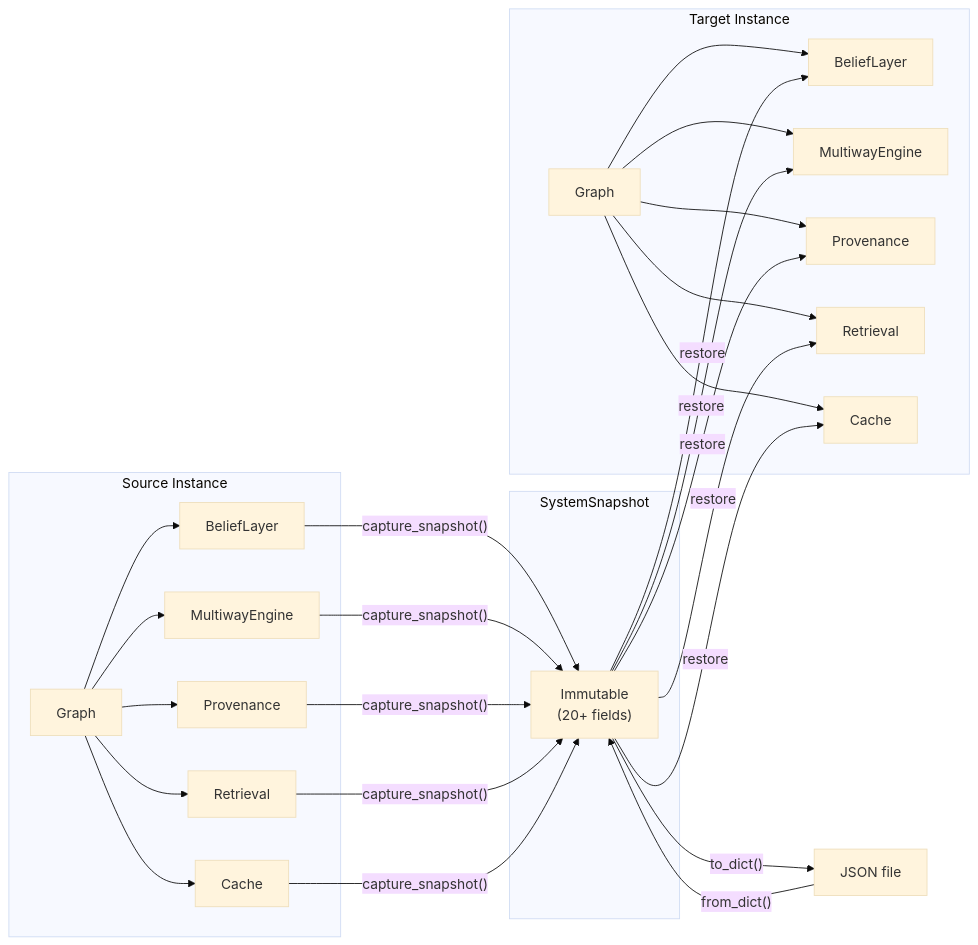
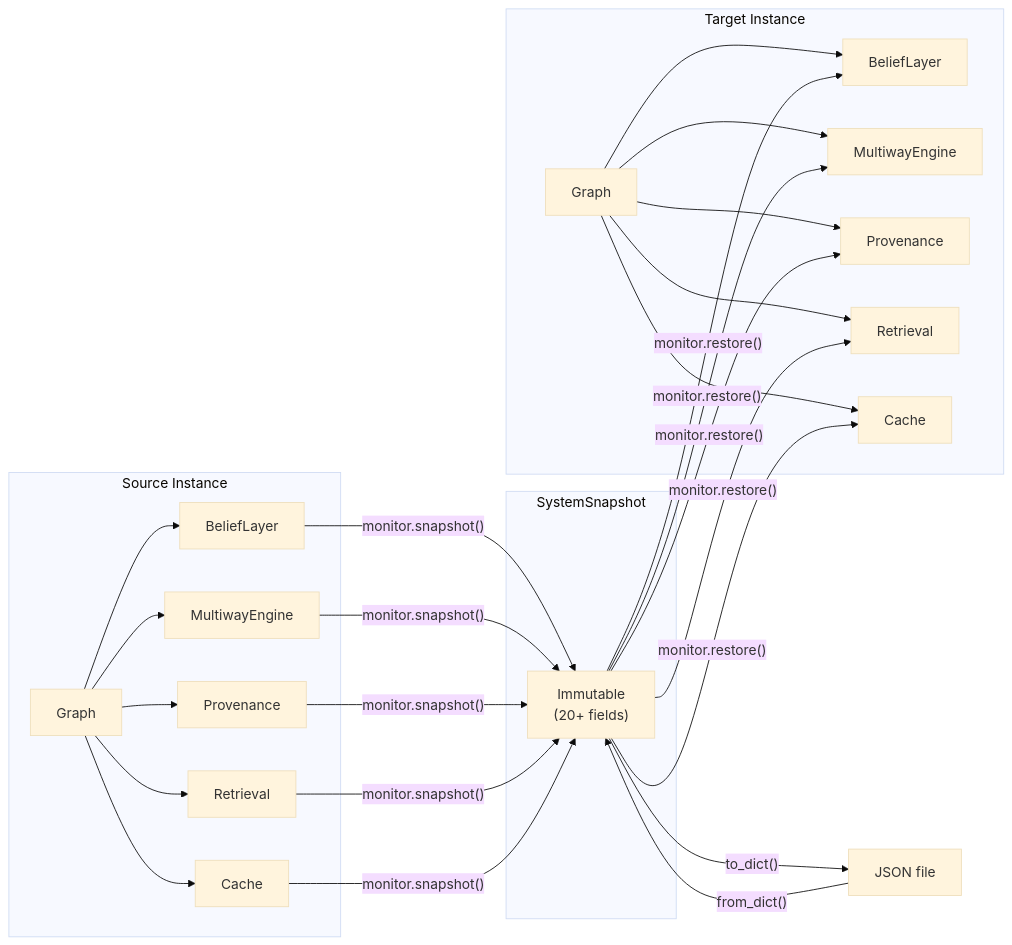
The diagram in examples/showcase/workflow/system_snapshot/README.md (antquinonez/Hyper3), drawn with Mermaid (base theme) before and after one commit. The commit also changed other lines of this file and 11 other files, not shown here.

First line of the commit message:
Fix workflow examples: add snapshot/restore namespace, rewrite overlay blast radius, update READMEs

````diff
--- a/examples/showcase/workflow/system_snapshot/README.md
+++ b/examples/showcase/workflow/system_snapshot/README.md
@@ -11,24 +11,24 @@
 ```mermaid
 flowchart LR
     subgraph "Source Instance"
         G1[Graph] --> B1[BeliefLayer]
         G1 --> MW1[MultiwayEngine]
         G1 --> P1[Provenance]
         G1 --> R1[Retrieval]
         G1 --> C1[Cache]
     end
     subgraph "SystemSnapshot"
         SS["Immutable\n(20+ fields)"]
     end
     subgraph "Target Instance"
         G2[Graph] --> B2[BeliefLayer]
         G2 --> MW2[MultiwayEngine]
         G2 --> P2[Provenance]
         G2 --> R2[Retrieval]
         G2 --> C2[Cache]
     end
-    B1 & MW1 & P1 & R1 & C1 -->|"capture_snapshot()"| SS
+    B1 & MW1 & P1 & R1 & C1 -->|"monitor.snapshot()"| SS
     SS -->|"to_dict()"| JSON["JSON file"]
     JSON -->|"from_dict()"| SS
-    SS -->|"restore"| B2 & MW2 & P2 & R2 & C2
+    SS -->|"monitor.restore()"| B2 & MW2 & P2 & R2 & C2
 ```
````
